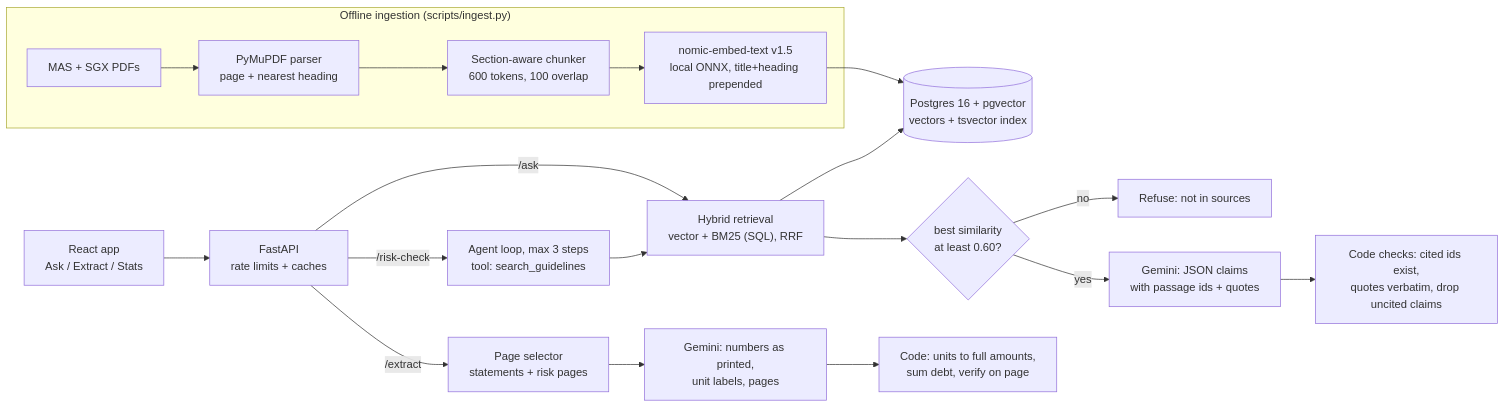
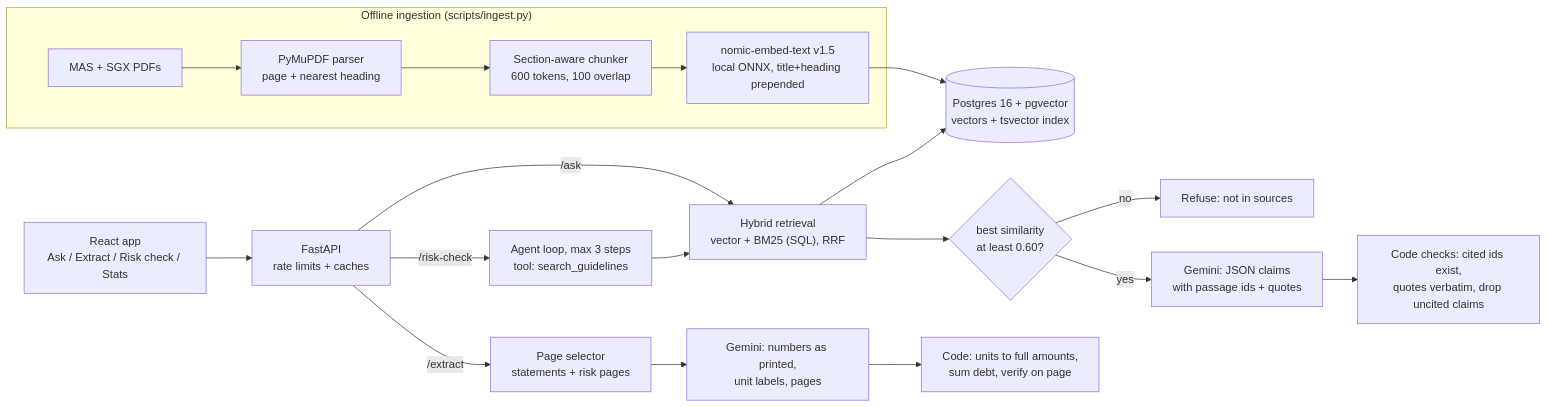
One commit to William35-f/AI-compliance-assistant-for-finance changed the diagram in README.md. Above: the diagram before and after it, drawn with Mermaid. The commit also changed other lines of this file and 64 other files, not shown here.

````diff
--- a/README.md
+++ b/README.md
@@ -16,25 +16,25 @@
 ```mermaid
 flowchart LR
     subgraph Offline["Offline ingestion (scripts/ingest.py)"]
         PDF["MAS + SGX PDFs"] --> PARSE["PyMuPDF parser<br/>page + nearest heading"]
         PARSE --> CHUNK["Section-aware chunker<br/>600 tokens, 100 overlap"]
         CHUNK --> EMB["nomic-embed-text v1.5<br/>local ONNX, title+heading prepended"]
     end
     EMB --> DB[("Postgres 16 + pgvector<br/>vectors + tsvector index")]
 
-    UI["React app<br/>Ask / Extract / Stats"] --> API["FastAPI<br/>rate limits + caches"]
+    UI["React app<br/>Ask / Extract / Risk check / Stats"] --> API["FastAPI<br/>rate limits + caches"]
 
     API -- "/ask" --> RET["Hybrid retrieval<br/>vector + BM25 (SQL), RRF"]
     RET --> DB
     RET --> GATE{"best similarity<br/>at least 0.60?"}
     GATE -- no --> REFUSE["Refuse: not in sources"]
     GATE -- yes --> LLM["Gemini: JSON claims<br/>with passage ids + quotes"]
     LLM --> CHECK["Code checks: cited ids exist,<br/>quotes verbatim, drop uncited claims"]
 
     API -- "/extract" --> PAGES["Page selector<br/>statements + risk pages"]
     PAGES --> LLM2["Gemini: numbers as printed,<br/>unit labels, pages"]
     LLM2 --> VERIFY["Code: units to full amounts,<br/>sum debt, verify on page"]
 
     API -- "/risk-check" --> AGENT["Agent loop, max 3 steps<br/>tool: search_guidelines"]
     AGENT --> RET
 ```
````
